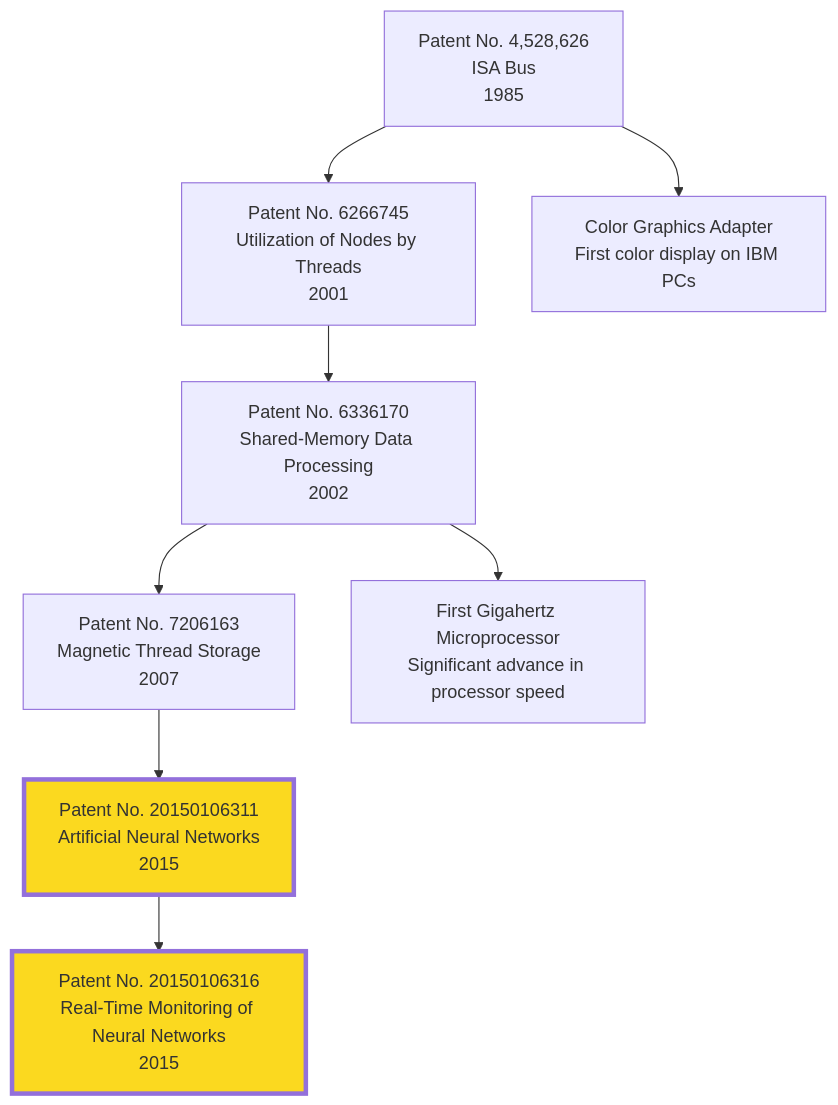
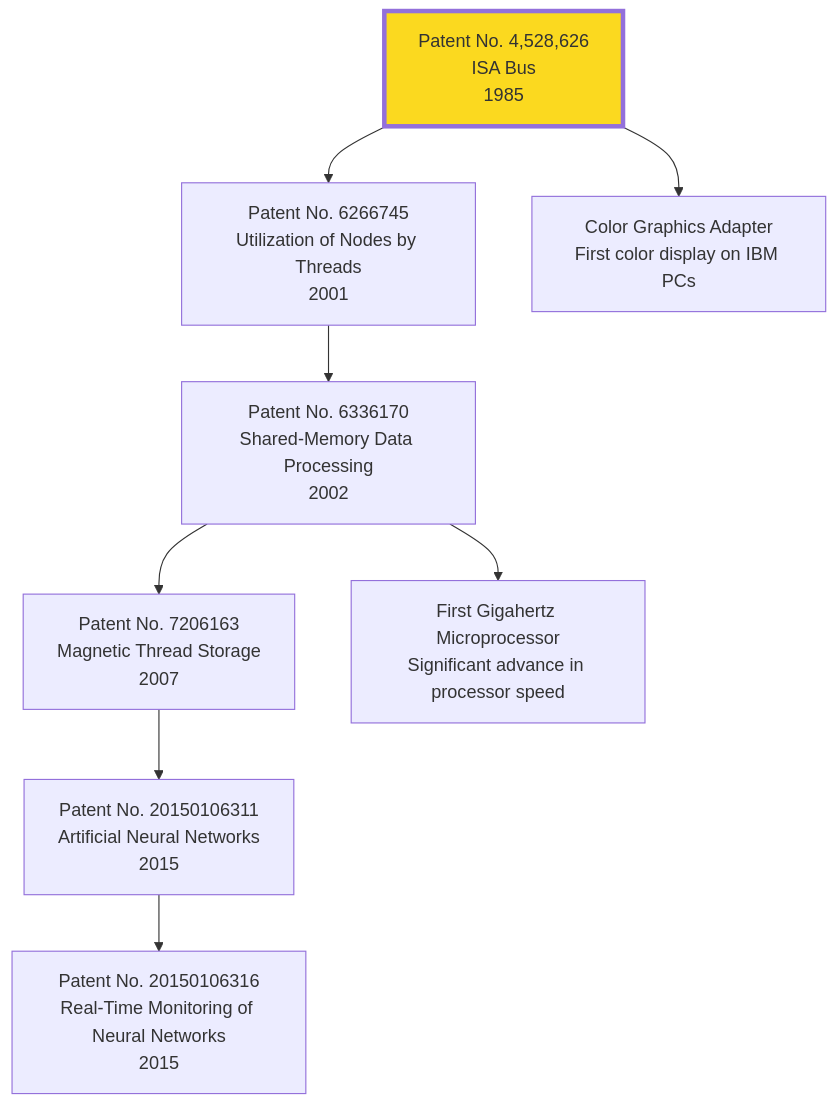
One commit to Furkanzmc/cppnorth-2024-shoulders-we-stand-on changed the second of 4 diagrams in pages/act-4.md. Above: the diagram before and after it, drawn with Mermaid. The commit also changed other lines of this file and 7 other files, not shown here.

````diff
--- a/pages/act-4.md
+++ b/pages/act-4.md
@@ -190,23 +51,23 @@
 ```mermaid {scale: 0.5}
 graph TD
     A[Patent No. 4,528,626<br>ISA Bus<br>1985]
     B[Patent No. 6266745<br>Utilization of Nodes by Threads<br>2001]
     C[Patent No. 6336170<br>Shared-Memory Data Processing<br>2002]
     D[Patent No. 7206163<br>Magnetic Thread Storage<br>2007]
     E[Patent No. 20150106311<br>Artificial Neural Networks<br>2015]
     F[Patent No. 20150106316<br>Real-Time Monitoring of Neural Networks<br>2015]
     G[Color Graphics Adapter<br>First color display on IBM PCs]
     H[First Gigahertz Microprocessor<br>Significant advance in processor speed]
 
     A --> B
     B --> C
     C --> D 
     D --> E
     E --> F
     A --> G
     C --> H
 
     classDef highlight fill:#fbd91f,stroke:#33,stroke-width:4px;
 
-    class E,F highlight;
+    class A highlight;
 ```
````
